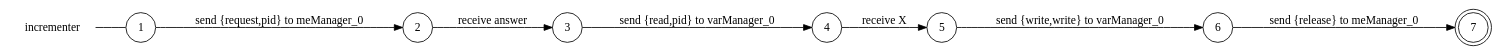
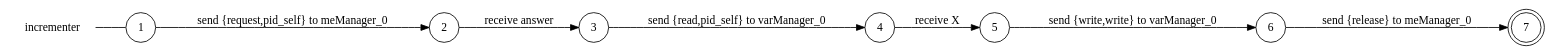
The diagram in examples/violation/incrementer_local_view.dot (gabrielegenovese/chorer), drawn with Graphviz before and after one commit. The commit also changed 34 other files, not shown here.

```diff
--- a/examples/violation/incrementer_local_view.dot
+++ b/examples/violation/incrementer_local_view.dot
@@ -1,19 +1,19 @@
 digraph incrementer {
 	rankdir="LR";
 	n_0 [label="incrementer", shape="plaintext"];
 	n_1 [id="5", shape=circle, label="6"];
 	n_2 [id="6", shape=circle, label="2"];
 	n_3 [id="1", shape=circle, label="1"];
 	n_0 -> n_3 [arrowhead=none];
 	n_4 [id="2", shape=circle, label="4"];
 	n_5 [id="4", shape=doublecircle, label="7"];
 	n_6 [id="7", shape=circle, label="3"];
 	n_7 [id="3", shape=circle, label="5"];
 
+	n_7 -> n_1 [id="[$e|0]", label="send {write,write} to varManager_0"];
+	n_2 -> n_6 [id="[$e|4]", label="receive answer"];
 	n_1 -> n_5 [id="[$e|2]", label="send {release} to meManager_0"];
-	n_6 -> n_4 [id="[$e|3]", label="send {read,pid} to varManager_0"];
-	n_4 -> n_7 [id="[$e|4]", label="receive X"];
-	n_3 -> n_2 [id="[$e|1]", label="send {request,pid} to meManager_0"];
-	n_7 -> n_1 [id="[$e|0]", label="send {write,write} to varManager_0"];
-	n_2 -> n_6 [id="[$e|5]", label="receive answer"];
+	n_6 -> n_4 [id="[$e|1]", label="send {read,pid_self} to varManager_0"];
+	n_4 -> n_7 [id="[$e|3]", label="receive X"];
+	n_3 -> n_2 [id="[$e|5]", label="send {request,pid_self} to meManager_0"];
 }
```
